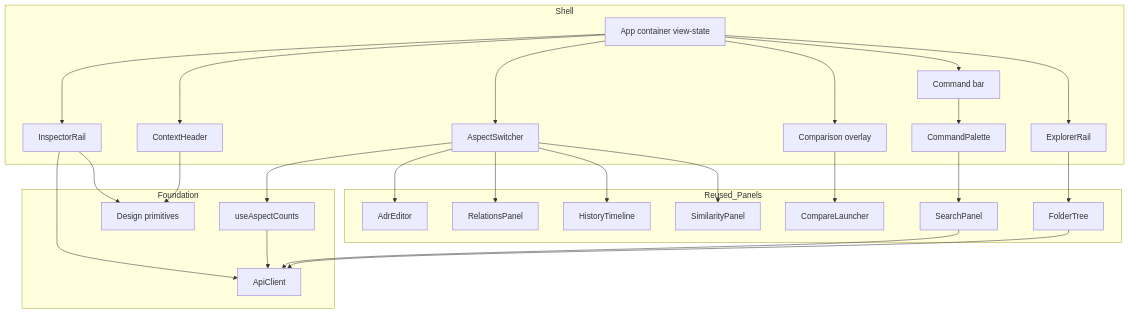
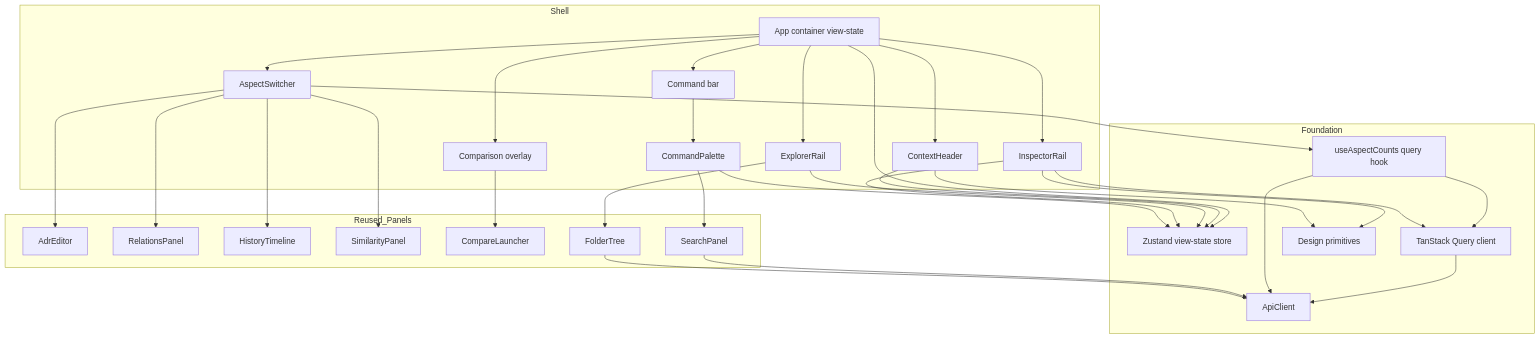
The first of 3 diagrams in .kiro/specs/adr-manager-contextual-shell/design.md (sacherowy/madr-repostiory), drawn with Mermaid before and after one commit. The commit also changed other lines of this file and 4 other files, not shown here.

First line of the commit message:
Adopt TanStack Query + Zustand for state management

````diff
--- a/.kiro/specs/adr-manager-contextual-shell/design.md
+++ b/.kiro/specs/adr-manager-contextual-shell/design.md
@@ -105,49 +120,58 @@
 ```mermaid
 graph TB
     subgraph Shell
         App[App container view-state]
         CommandBar[Command bar]
         Palette[CommandPalette]
         Explorer[ExplorerRail]
         Header[ContextHeader]
         Switcher[AspectSwitcher]
         Inspector[InspectorRail]
         CompareOverlay[Comparison overlay]
     end
     subgraph Reused_Panels
         Editor[AdrEditor]
         Relations[RelationsPanel]
         History[HistoryTimeline]
         Similarity[SimilarityPanel]
         Compare[CompareLauncher]
         Search[SearchPanel]
         Tree[FolderTree]
     end
     subgraph Foundation
-        Hooks[useAspectCounts]
+        Store[Zustand view-state store]
+        Query[TanStack Query client]
+        Hooks[useAspectCounts query hook]
         Api[ApiClient]
         Primitives[Design primitives]
     end
 
+    App --> Store
     App --> CommandBar
     App --> Explorer
     App --> Header
     App --> Switcher
     App --> Inspector
     App --> CompareOverlay
     CommandBar --> Palette
     Palette --> Search
     Explorer --> Tree
     Switcher --> Editor
     Switcher --> Relations
     Switcher --> History
     Switcher --> Similarity
     CompareOverlay --> Compare
     Switcher --> Hooks
-    Inspector --> Api
+    Header --> Store
+    Explorer --> Store
+    Inspector --> Store
+    Palette --> Store
+    Hooks --> Query
+    Inspector --> Query
+    Query --> Api
     Hooks --> Api
     Search --> Api
     Tree --> Api
     Inspector --> Primitives
     Header --> Primitives
 ```
````
